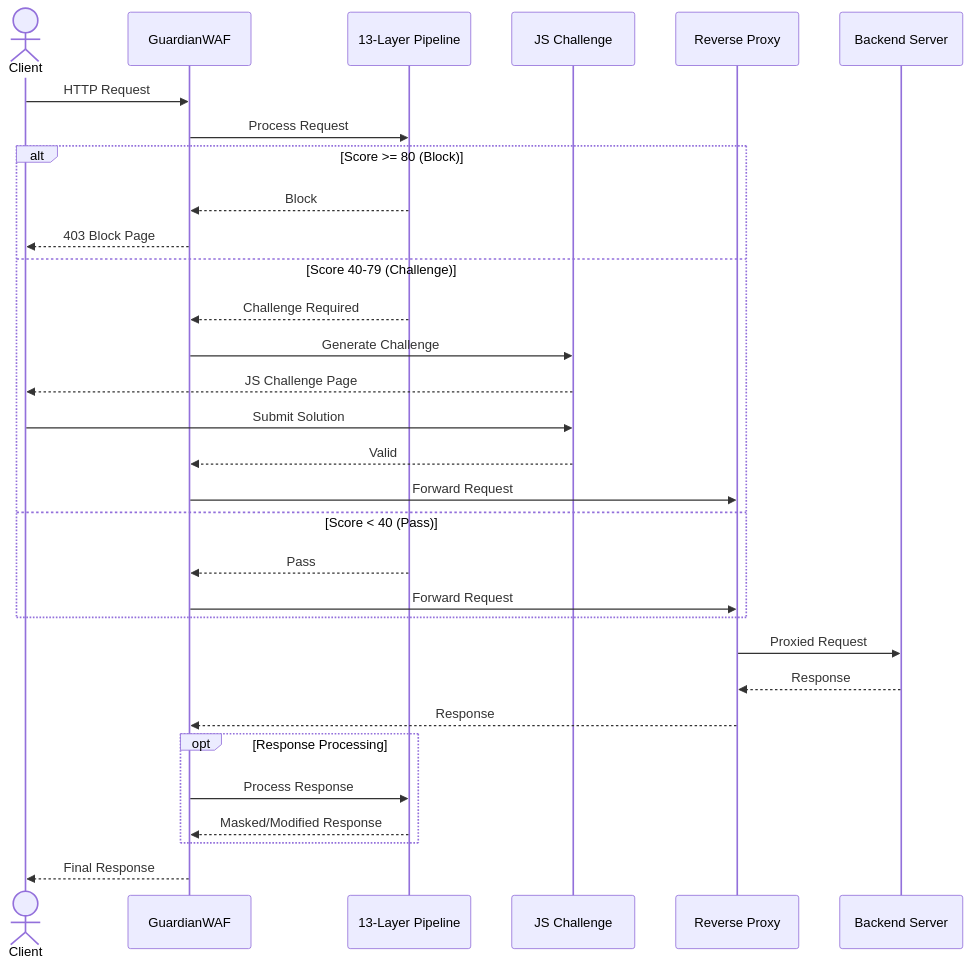
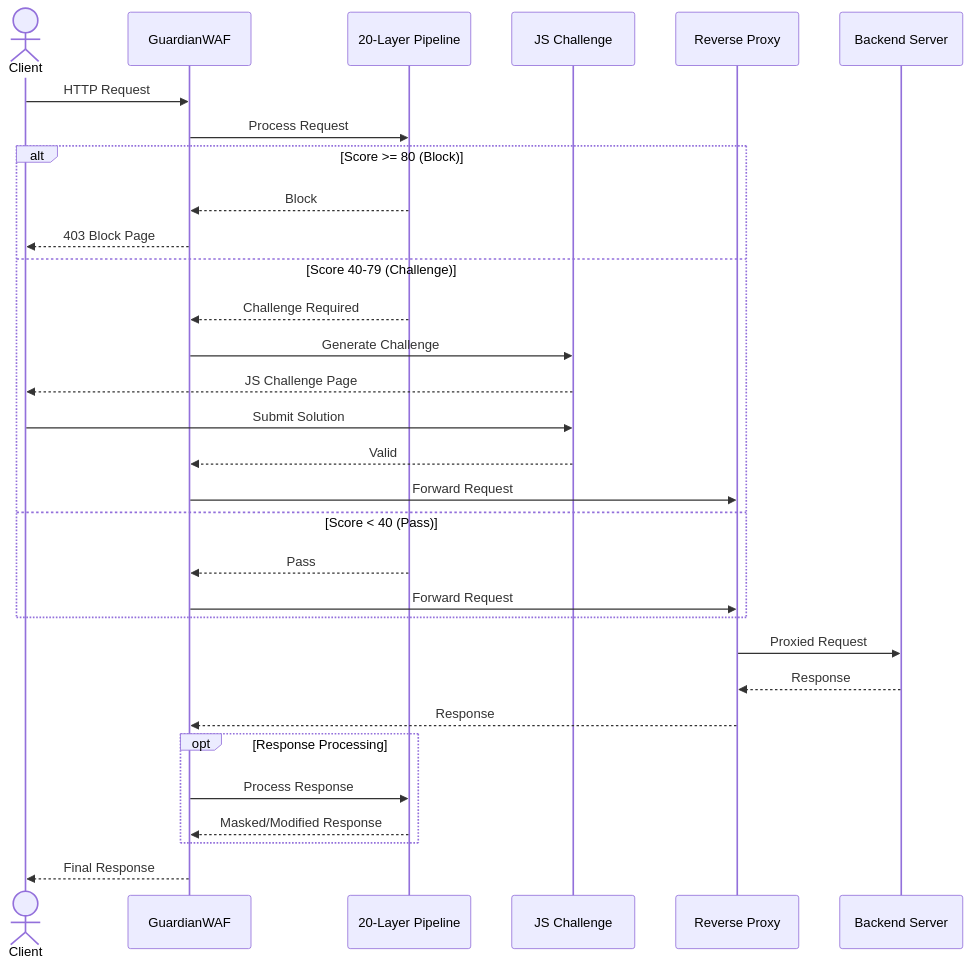
One commit to GuardianWAF/GuardianWAF changed the second of 7 diagrams in docs/ARCHITECTURE.md. Above: the diagram before and after it, drawn with Mermaid. The commit also changed other lines of this file and 2 other files, not shown here.

First line of the commit message:
docs: update llms.txt, add ADR index, fix ARCHITECTURE.md pipeline

````diff
--- a/docs/ARCHITECTURE.md
+++ b/docs/ARCHITECTURE.md
@@ -108,39 +115,39 @@
 ```mermaid
 sequenceDiagram
     actor Client
     participant WAF as GuardianWAF
-    participant Pipeline as 13-Layer Pipeline
+    participant Pipeline as 20-Layer Pipeline
     participant Challenge as JS Challenge
     participant Proxy as Reverse Proxy
     participant Backend as Backend Server
 
     Client->>WAF: HTTP Request
     
     WAF->>Pipeline: Process Request
     
     alt Score >= 80 (Block)
         Pipeline-->>WAF: Block
         WAF-->>Client: 403 Block Page
     else Score 40-79 (Challenge)
         Pipeline-->>WAF: Challenge Required
         WAF->>Challenge: Generate Challenge
         Challenge-->>Client: JS Challenge Page
         Client->>Challenge: Submit Solution
         Challenge-->>WAF: Valid
         WAF->>Proxy: Forward Request
     else Score < 40 (Pass)
         Pipeline-->>WAF: Pass
         WAF->>Proxy: Forward Request
     end
     
     Proxy->>Backend: Proxied Request
     Backend-->>Proxy: Response
     Proxy-->>WAF: Response
     
     opt Response Processing
         WAF->>Pipeline: Process Response
         Pipeline-->>WAF: Masked/Modified Response
     end
     
     WAF-->>Client: Final Response
 ```
````
